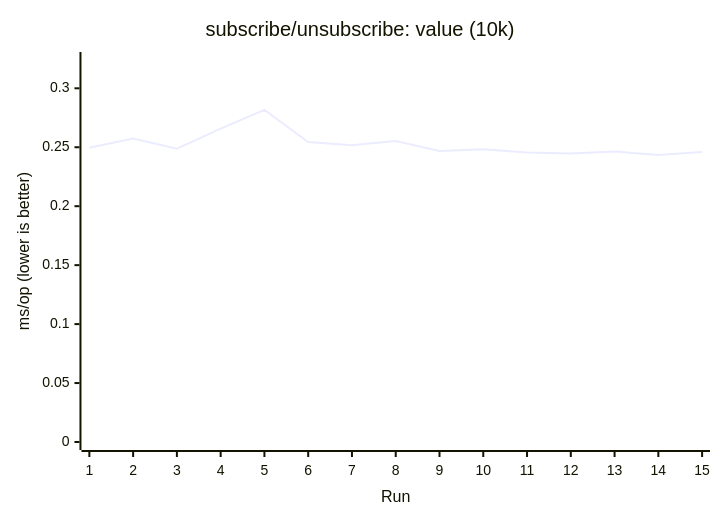
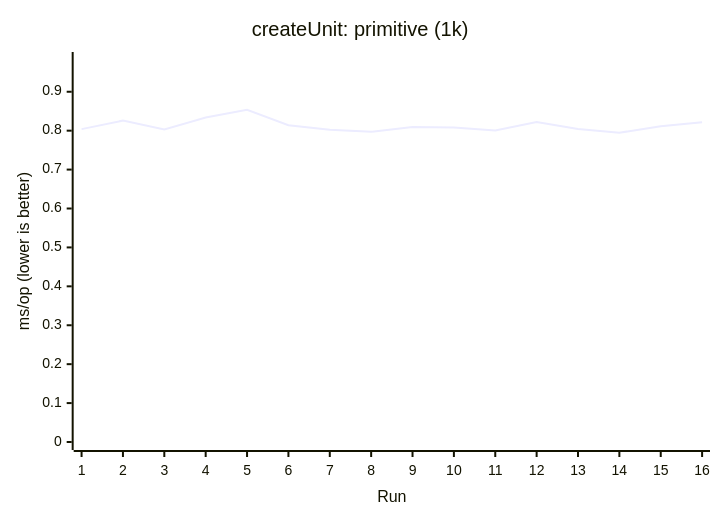
Diagram 15 of 17 in apps/docs/src/content/docs/en/guides/benchmark.mdx (AIluffy/io), drawn with Mermaid before and after one commit. The commit also changed other lines of this file and 25 other files, not shown here.

````diff
--- a/apps/docs/src/content/docs/en/guides/benchmark.mdx
+++ b/apps/docs/src/content/docs/en/guides/benchmark.mdx
@@ -385,7 +390,7 @@
 ```mermaid
 xychart-beta
-  title "subscribe/unsubscribe: value (10k)"
-  x-axis "Run" [1, 2, 3, 4, 5, 6, 7, 8, 9, 10, 11, 12, 13, 14, 15]
-  y-axis "ms/op (lower is better)" 0 --> 0.324
-  line [0.2496, 0.2574, 0.2488, 0.2658, 0.2817, 0.2544, 0.2517, 0.2553, 0.2469, 0.2484, 0.2455, 0.2448, 0.2463, 0.2435, 0.246]
+  title "createUnit: primitive (1k)"
+  x-axis "Run" [1, 2, 3, 4, 5, 6, 7, 8, 9, 10, 11, 12, 13, 14, 15, 16]
+  y-axis "ms/op (lower is better)" 0 --> 0.9816
+  line [0.804, 0.8259, 0.8033, 0.8336, 0.8536, 0.8141, 0.8023, 0.7971, 0.8093, 0.808, 0.8005, 0.8222, 0.8045, 0.7948, 0.8111, 0.8216]
 ```
````
